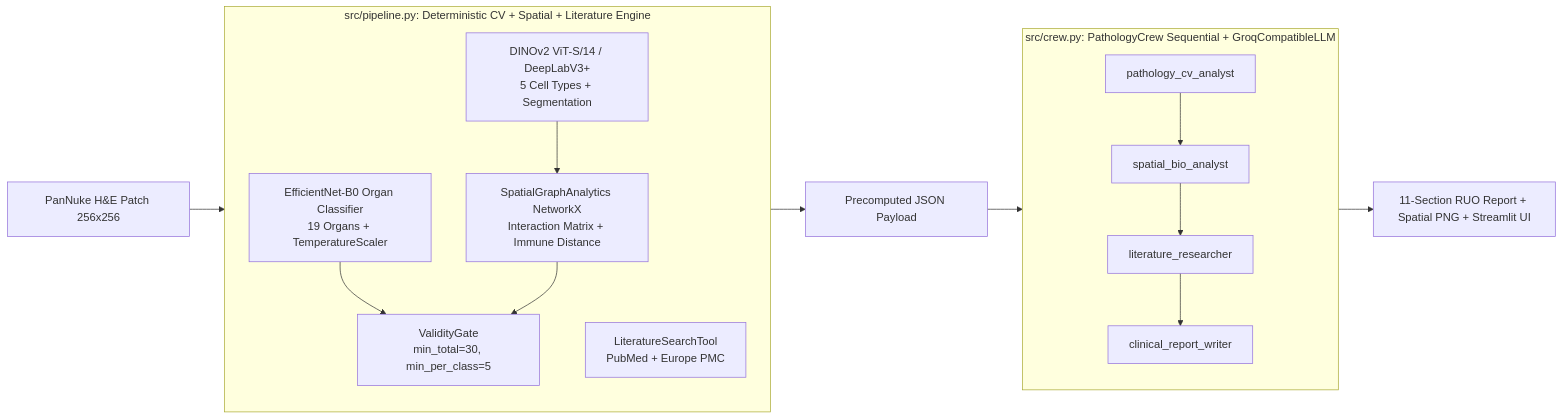
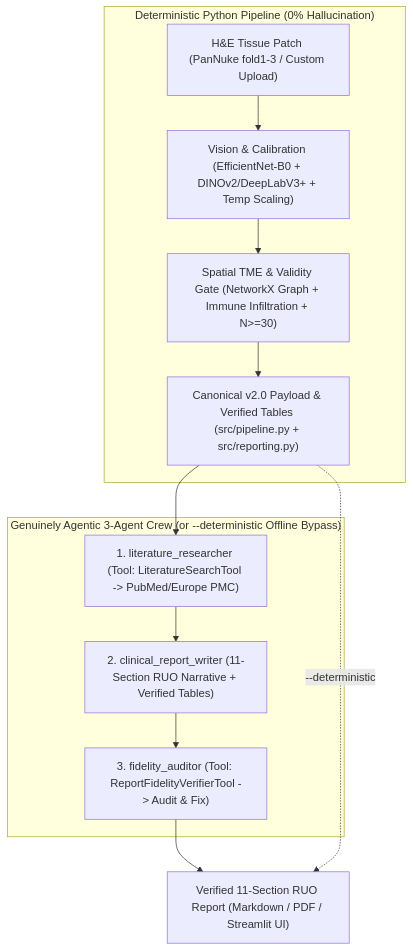
Before and after one commit to g-zin/BioCellAgents: the diagram in README.md, drawn with Mermaid. The commit also changed other lines of this file and 4 other files, not shown here.

````diff
--- a/README.md
+++ b/README.md
@@ -45,25 +49,17 @@
 ```mermaid
-flowchart LR
-    A[PanNuke H&E Patch 256x256] --> B
-
-    subgraph B [src/pipeline.py: Deterministic CV + Spatial + Literature Engine]
-        B1[EfficientNet-B0 Organ Classifier<br/>19 Organs + TemperatureScaler]
-        B2[DINOv2 ViT-S/14 / DeepLabV3+<br/>5 Cell Types + Segmentation]
-        B3[SpatialGraphAnalytics NetworkX<br/>Interaction Matrix + Immune Distance]
-        B4[ValidityGate<br/>min_total=30, min_per_class=5]
-        B5[LiteratureSearchTool<br/>PubMed + Europe PMC]
-        B1 --> B4
-        B2 --> B3 --> B4
+flowchart TD
+    subgraph DET["Deterministic Python Pipeline (0% Hallucination)"]
+        IMG["H&E Tissue Patch (PanNuke fold1-3 / Custom Upload)"] --> VIS["Vision & Calibration (EfficientNet-B0 + DINOv2/DeepLabV3+ + Temp Scaling)"]
+        VIS --> SPA["Spatial TME & Validity Gate (NetworkX Graph + Immune Infiltration + N>=30)"]
+        SPA --> SCR["Canonical v2.0 Payload & Verified Tables (src/pipeline.py + src/reporting.py)"]
     end
 
-    B --> C[Precomputed JSON Payload]
-    C --> D
-
-    subgraph D [src/crew.py: PathologyCrew Sequential + GroqCompatibleLLM]
-        D1[pathology_cv_analyst] --> D2[spatial_bio_analyst]
-        D2 --> D3[literature_researcher]
-        D3 --> D4[clinical_report_writer]
+    subgraph AGT["Genuinely Agentic 3-Agent Crew (or --deterministic Offline Bypass)"]
+        SCR --> A1["1. literature_researcher (Tool: LiteratureSearchTool -> PubMed/Europe PMC)"]
+        A1 --> A2["2. clinical_report_writer (11-Section RUO Narrative + Verified Tables)"]
+        A2 --> A3["3. fidelity_auditor (Tool: ReportFidelityVerifierTool -> Audit & Fix)"]
     end
 
-    D --> E[11-Section RUO Report + Spatial PNG + Streamlit UI]
+    A3 --> OUT["Verified 11-Section RUO Report (Markdown / PDF / Streamlit UI)"]
+    SCR -. "--deterministic" .-> OUT
 ```
````
